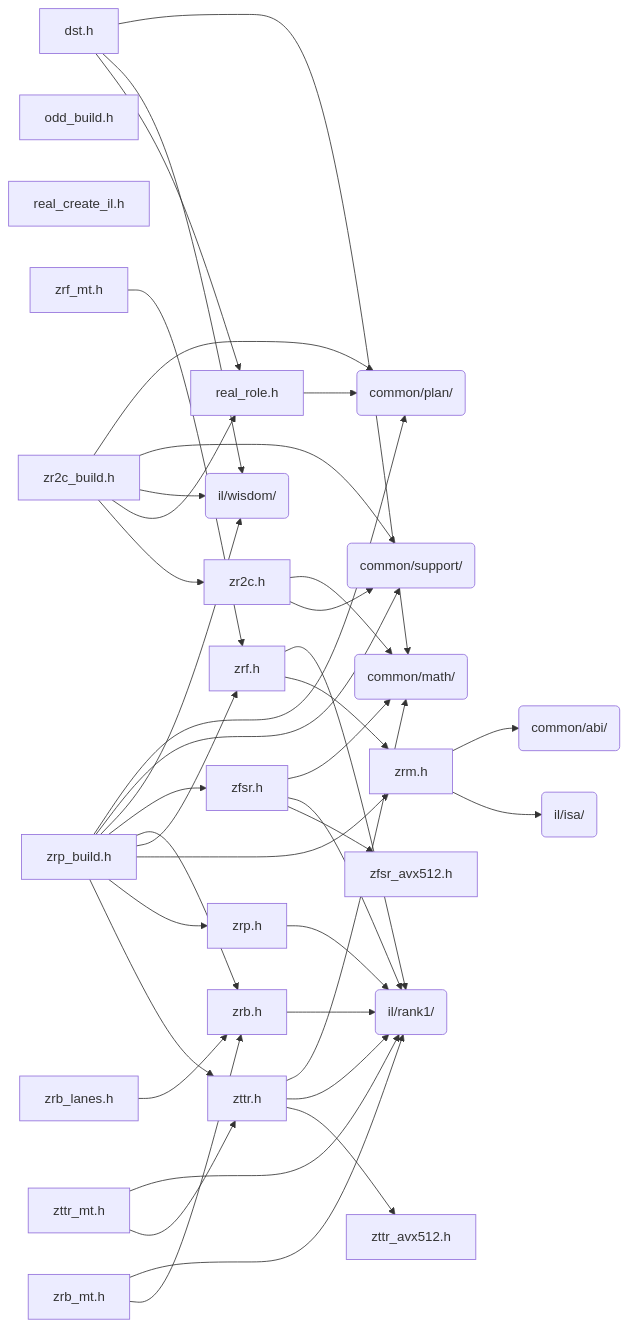
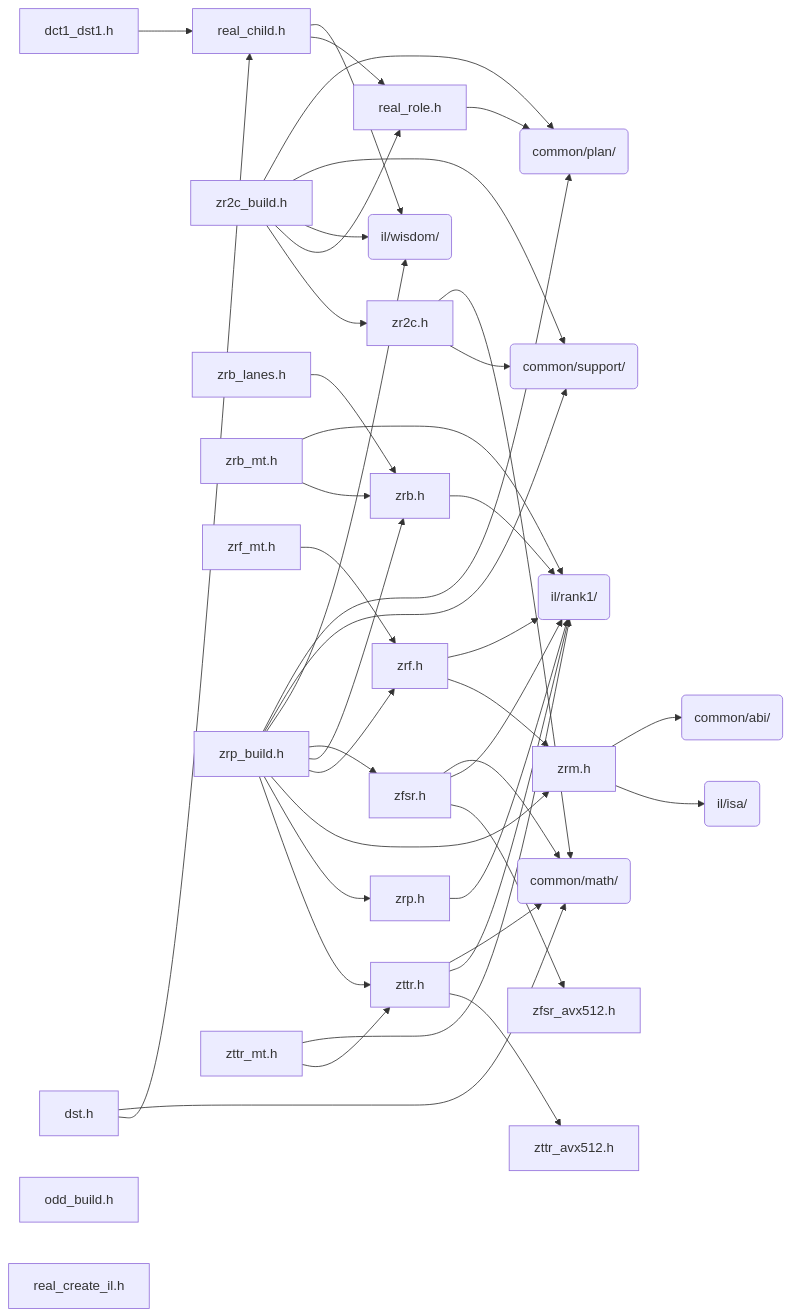
The diagram in docs/architecture/generated/folders/il__real.md (Tugbars/VectorFFT), drawn with Mermaid before and after one commit. The commit also changed other lines of this file and 13 other files, not shown here.

First line of the commit message:
Architecture pages regenerated for il/real/dct1_dst1.h and real_child.h

````diff
--- a/docs/architecture/generated/folders/il__real.md
+++ b/docs/architecture/generated/folders/il__real.md
@@ -28,67 +30,71 @@
 ```mermaid
 flowchart LR
+    n_il_real_dct1_dst1_h["dct1_dst1.h"]
     n_il_real_dst_h["dst.h"]
     n_il_real_odd_build_h["odd_build.h"]
+    n_il_real_real_child_h["real_child.h"]
     n_il_real_real_create_il_h["real_create_il.h"]
     n_il_real_real_role_h["real_role.h"]
     n_il_real_zfsr_h["zfsr.h"]
     n_il_real_zfsr_avx512_h["zfsr_avx512.h"]
     n_il_real_zr2c_h["zr2c.h"]
     n_il_real_zr2c_build_h["zr2c_build.h"]
     n_il_real_zrb_h["zrb.h"]
     n_il_real_zrb_lanes_h["zrb_lanes.h"]
     n_il_real_zrb_mt_h["zrb_mt.h"]
     n_il_real_zrf_h["zrf.h"]
     n_il_real_zrf_mt_h["zrf_mt.h"]
     n_il_real_zrm_h["zrm.h"]
     n_il_real_zrp_h["zrp.h"]
     n_il_real_zrp_build_h["zrp_build.h"]
     n_il_real_zttr_h["zttr.h"]
     n_il_real_zttr_avx512_h["zttr_avx512.h"]
     n_il_real_zttr_mt_h["zttr_mt.h"]
     n_dir_common_abi("common/abi/")
     n_dir_common_math("common/math/")
     n_dir_common_plan("common/plan/")
     n_dir_common_support("common/support/")
     n_dir_il_isa("il/isa/")
     n_dir_il_rank1("il/rank1/")
     n_dir_il_wisdom("il/wisdom/")
+    n_il_real_dct1_dst1_h --> n_il_real_real_child_h
     n_il_real_dst_h --> n_dir_common_math
-    n_il_real_dst_h --> n_dir_il_wisdom
-    n_il_real_dst_h --> n_il_real_real_role_h
+    n_il_real_dst_h --> n_il_real_real_child_h
+    n_il_real_real_child_h --> n_dir_il_wisdom
+    n_il_real_real_child_h --> n_il_real_real_role_h
     n_il_real_real_role_h --> n_dir_common_plan
     n_il_real_zfsr_h --> n_dir_common_math
     n_il_real_zfsr_h --> n_dir_il_rank1
     n_il_real_zfsr_h --> n_il_real_zfsr_avx512_h
     n_il_real_zr2c_build_h --> n_dir_common_plan
     n_il_real_zr2c_build_h --> n_dir_common_support
     n_il_real_zr2c_build_h --> n_dir_il_wisdom
     n_il_real_zr2c_build_h --> n_il_real_real_role_h
     n_il_real_zr2c_build_h --> n_il_real_zr2c_h
     n_il_real_zr2c_h --> n_dir_common_math
     n_il_real_zr2c_h --> n_dir_common_support
     n_il_real_zrb_h --> n_dir_il_rank1
     n_il_real_zrb_lanes_h --> n_il_real_zrb_h
     n_il_real_zrb_mt_h --> n_dir_il_rank1
     n_il_real_zrb_mt_h --> n_il_real_zrb_h
     n_il_real_zrf_h --> n_dir_il_rank1
     n_il_real_zrf_h --> n_il_real_zrm_h
     n_il_real_zrf_mt_h --> n_il_real_zrf_h
     n_il_real_zrm_h --> n_dir_common_abi
     n_il_real_zrm_h --> n_dir_il_isa
     n_il_real_zrp_build_h --> n_dir_common_plan
     n_il_real_zrp_build_h --> n_dir_common_support
     n_il_real_zrp_build_h --> n_dir_il_wisdom
     n_il_real_zrp_build_h --> n_il_real_zfsr_h
     n_il_real_zrp_build_h --> n_il_real_zrb_h
     n_il_real_zrp_build_h --> n_il_real_zrf_h
     n_il_real_zrp_build_h --> n_il_real_zrm_h
     n_il_real_zrp_build_h --> n_il_real_zrp_h
     n_il_real_zrp_build_h --> n_il_real_zttr_h
     n_il_real_zrp_h --> n_dir_il_rank1
     n_il_real_zttr_h --> n_dir_common_math
     n_il_real_zttr_h --> n_dir_il_rank1
     n_il_real_zttr_h --> n_il_real_zttr_avx512_h
     n_il_real_zttr_mt_h --> n_dir_il_rank1
     n_il_real_zttr_mt_h --> n_il_real_zttr_h
 ```
````
